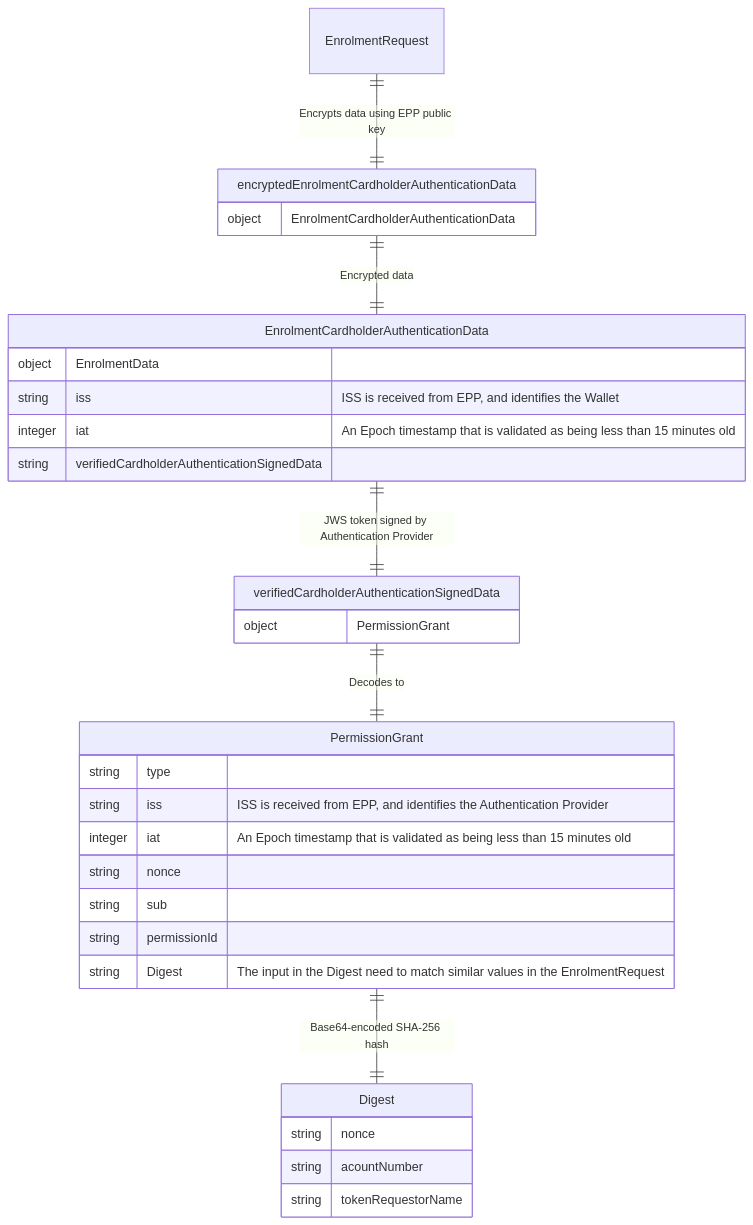
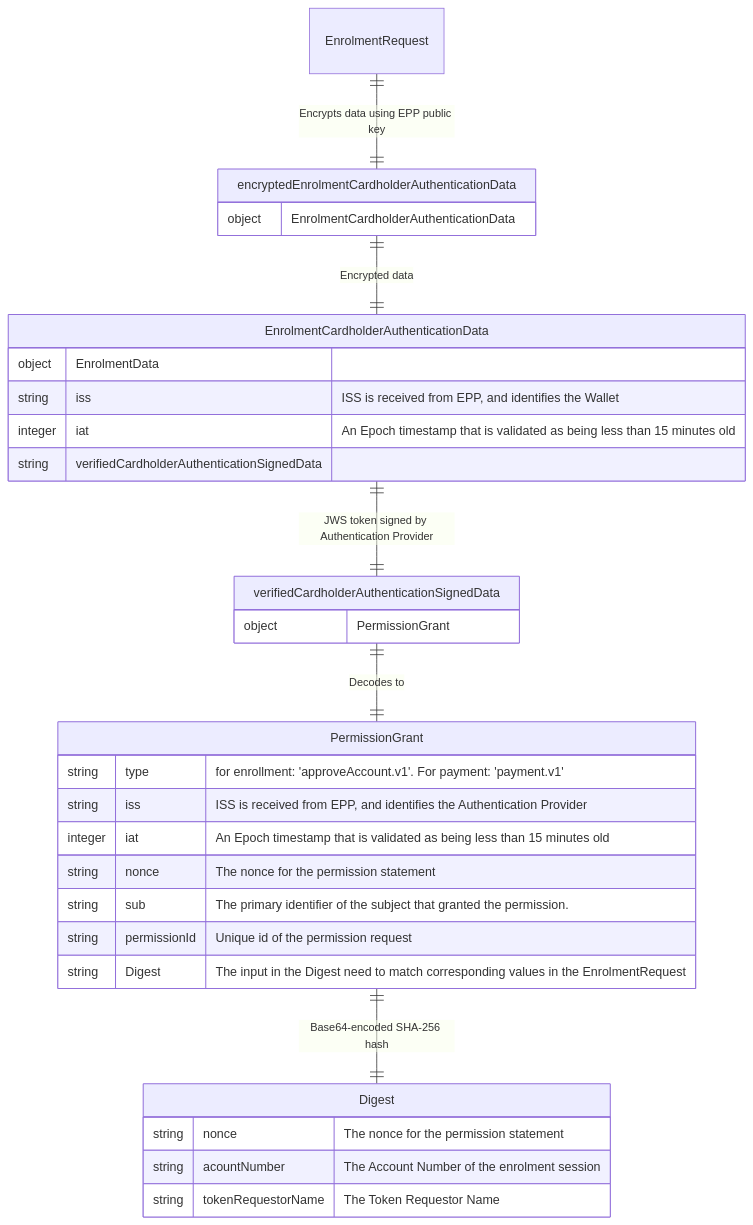
One commit to BankAxept/bankaxept-epayment-development-kit changed the fourth of 4 diagrams in docs/authentication_interoperability.md. Above: the diagram before and after it, drawn with Mermaid. The commit also changed other lines of this file and 3 other files, not shown here.

````diff
--- a/docs/authentication_interoperability.md
+++ b/docs/authentication_interoperability.md
@@ -121,48 +124,48 @@
 ```mermaid
 %%{init: {
   "theme": "default",
   "themeCSS": [
     ".er.relationshipLabel { fill: black; }", 
     ".er.relationshipLabelBox { fill: white; }", 
     ".er.entityBox { fill: lightgray; }",
     "[id^=entity-EnrolmentRequest] .er.entityBox { fill: lightgreen;} ",
     "[id^=entity-encryptedEnrolmentCardholderAuthenticationData] .er.entityBox { fill: lightgreen;} ",
     "[id^=entity-EnrolmentCardholderAuthenticationData] .er.entityBox { fill: lightgreen;} ",
     "[id^=entity-verifiedCardholderAuthenticationSignedData] .er.entityBox { fill: powderblue;} ",
     "[id^=entity-PermissionGrant] .er.entityBox { fill: powderblue;} ",
     "[id^=entity-Digest] .er.entityBox { fill: powderblue;} "
     ]
 }}%%
 erDiagram
     EnrolmentRequest ||--|| encryptedEnrolmentCardholderAuthenticationData : "Encrypts data using EPP public key"
     encryptedEnrolmentCardholderAuthenticationData {
         object EnrolmentCardholderAuthenticationData
         
     }
     encryptedEnrolmentCardholderAuthenticationData ||--|| EnrolmentCardholderAuthenticationData : "Encrypted data"
     EnrolmentCardholderAuthenticationData ||--|| verifiedCardholderAuthenticationSignedData : "JWS token signed by Authentication Provider"
     EnrolmentCardholderAuthenticationData {
         object EnrolmentData
         string iss "ISS is received from EPP, and identifies the Wallet"
         integer iat "An Epoch timestamp that is validated as being less than 15 minutes old"
         string verifiedCardholderAuthenticationSignedData
     }
     verifiedCardholderAuthenticationSignedData {
         object PermissionGrant
     }
     verifiedCardholderAuthenticationSignedData ||--|| PermissionGrant : "Decodes to"
     PermissionGrant ||--|| Digest : "Base64-encoded SHA-256 hash"
     PermissionGrant {
-        string type
+        string type "for enrollment: 'approveAccount.v1'. For payment: 'payment.v1'"
         string iss "ISS is received from EPP, and identifies the Authentication Provider"
         integer iat "An Epoch timestamp that is validated as being less than 15 minutes old"
-        string nonce
-        string sub
-        string permissionId
-        string Digest "The input in the Digest need to match similar values in the EnrolmentRequest"    }
+        string nonce "The nonce for the permission statement"
+        string sub "The primary identifier of the subject that granted the permission."
+        string permissionId "Unique id of the permission request"
+        string Digest "The input in the Digest need to match corresponding values in the EnrolmentRequest"    }
     Digest {
-      string nonce
-      string acountNumber
-      string tokenRequestorName
+      string nonce "The nonce for the permission statement"
+      string acountNumber "The Account Number of the enrolment session"
+      string tokenRequestorName "The Token Requestor Name"
     }
 ```
````
